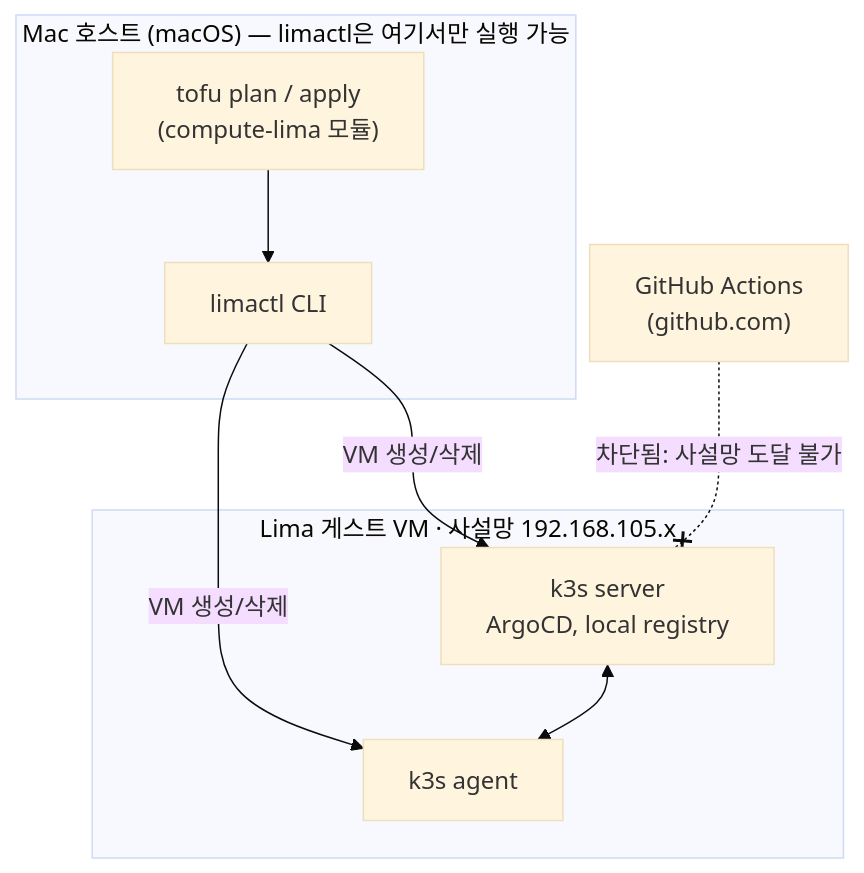
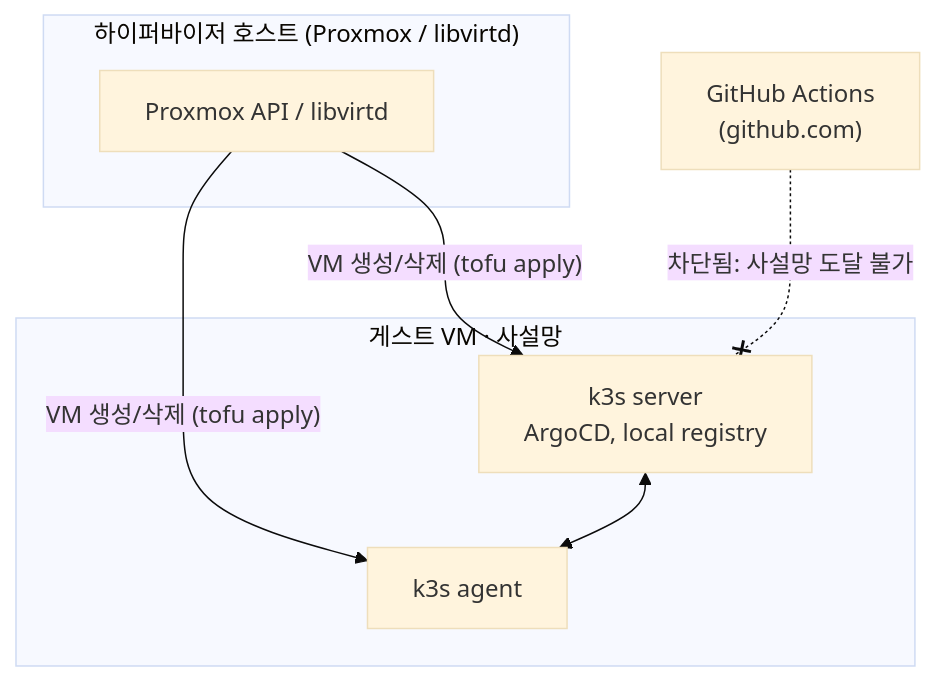
The second of 3 diagrams in docs/architecture.md (gjwnssud/iac-multicloud), drawn with Mermaid (base theme) before and after one commit. The commit also changed other lines of this file and 30 other files, not shown here.

First line of the commit message:
chore: lima(macOS) 환경 코드·문서·CI 분기 제거 (proxmox로 대체)

````diff
--- a/docs/architecture.md
+++ b/docs/architecture.md
@@ -44,20 +44,18 @@
 ```mermaid
 flowchart TB
   GH["GitHub Actions\n(github.com)"]
 
-  subgraph MAC["Mac 호스트 (macOS) — limactl은 여기서만 실행 가능"]
-    TOFU["tofu plan / apply\n(compute-lima 모듈)"]
-    LIMACTL["limactl CLI"]
-    TOFU --> LIMACTL
+  subgraph HOST["하이퍼바이저 호스트 (Proxmox / libvirtd)"]
+    API["Proxmox API / libvirtd"]
   end
 
-  subgraph VM["Lima 게스트 VM · 사설망 192.168.105.x"]
+  subgraph VM["게스트 VM · 사설망"]
     SRV["k3s server\nArgoCD, local registry"]
     AGT["k3s agent"]
     SRV <--> AGT
   end
 
-  LIMACTL -->|"VM 생성/삭제"| SRV
-  LIMACTL -->|"VM 생성/삭제"| AGT
+  API -->|"VM 생성/삭제 (tofu apply)"| SRV
+  API -->|"VM 생성/삭제 (tofu apply)"| AGT
   GH -.차단됨: 사설망 도달 불가.-x SRV
 ```
````
